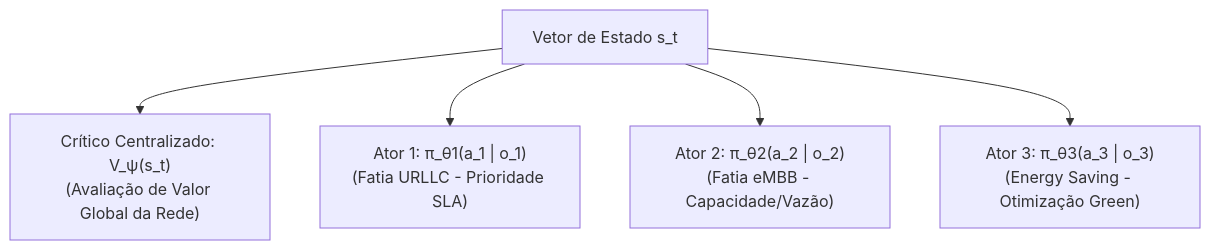
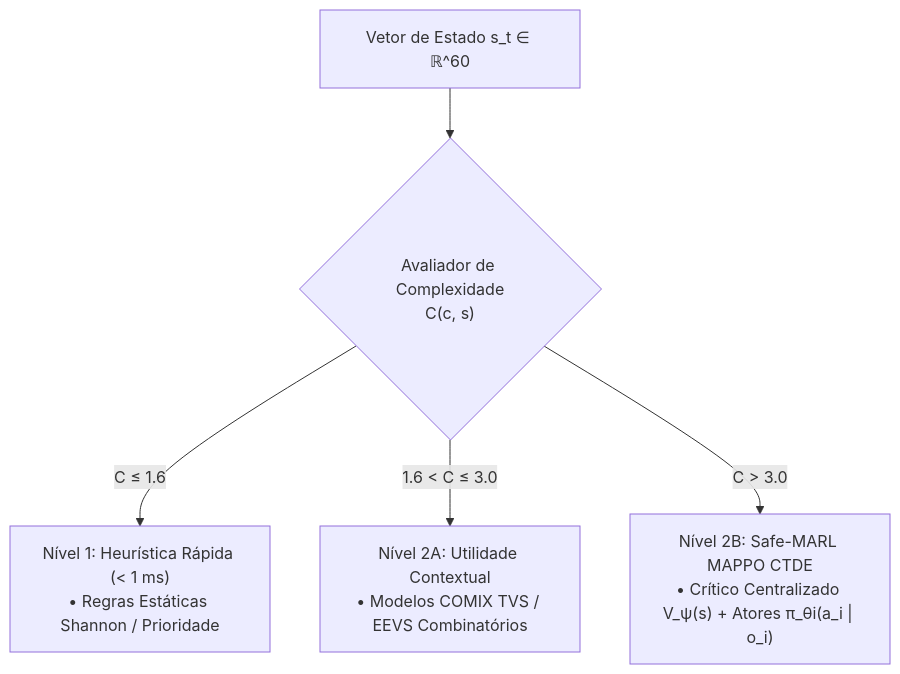
Before and after one commit to georgebarbosa3090/XApp-RDL-F2: the second of 4 diagrams in docs/01_arquitetura_e_modelagem_matematica.md, drawn with Mermaid. The commit also changed other lines of this file and 45 other files, not shown here.

Commit message:
feat(docs,core,deploy): reorganize 17-volume docs sequence, purge mocks, fix container runtime lifecycle and rmr routing

````diff
--- a/docs/01_arquitetura_e_modelagem_matematica.md
+++ b/docs/01_arquitetura_e_modelagem_matematica.md
@@ -25,7 +26,7 @@
 ```mermaid
 flowchart TD
-    S_T["Vetor de Estado s_t"] --> CRITIC["Crítico Centralizado: V_ψ(s_t)<br/>(Avaliação de Valor Global da Rede)"]
-    S_T --> ACT_URLLC["Ator 1: π_θ1(a_1 | o_1)<br/>(Fatia URLLC - Prioridade SLA)"]
-    S_T --> ACT_EMBB["Ator 2: π_θ2(a_2 | o_2)<br/>(Fatia eMBB - Capacidade/Vazão)"]
-    S_T --> ACT_ES["Ator 3: π_θ3(a_3 | o_3)<br/>(Energy Saving - Otimização Green)"]
+    S_T["Vetor de Estado s_t ∈ ℝ^60"] --> EVAL{"Avaliador de Complexidade<br/>C(c, s)"}
+    EVAL -- "C ≤ 1.6" --> L1["Nível 1: Heurística Rápida (< 1 ms)<br/>• Regras Estáticas Shannon / Prioridade"]
+    EVAL -- "1.6 < C ≤ 3.0" --> L2A["Nível 2A: Utilidade Contextual<br/>• Modelos COMIX TVS / EEVS Combinatórios"]
+    EVAL -- "C > 3.0" --> L2B["Nível 2B: Safe-MARL MAPPO CTDE<br/>• Crítico Centralizado V_ψ(s) + Atores π_θi(a_i | o_i)"]
 ```
````
